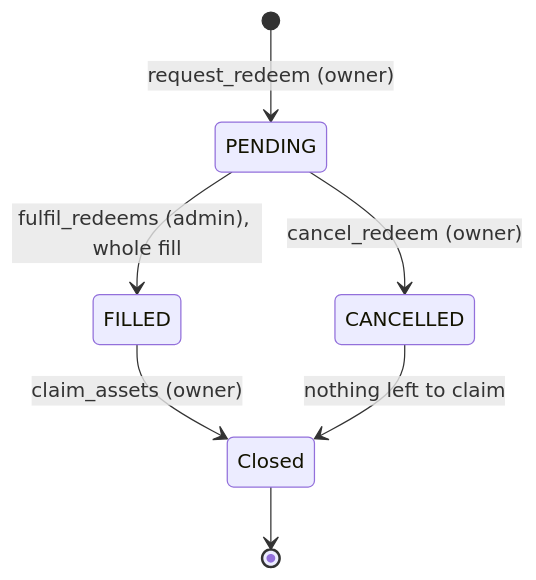
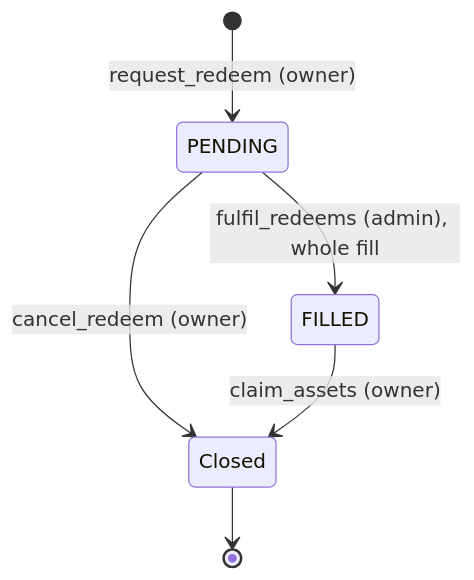
One commit to mutav-finance/mutav-protocol-solana changed the fourth of 5 diagrams in docs/architecture/state-machines.md. Above: the diagram before and after it, drawn with Mermaid. The commit also changed other lines of this file and 41 other files, not shown here.

````diff
--- a/docs/architecture/state-machines.md
+++ b/docs/architecture/state-machines.md
@@ -96,9 +97,8 @@
 ```mermaid
 stateDiagram-v2
   [*] --> PENDING: request_redeem (owner)
   PENDING --> FILLED: fulfil_redeems (admin), whole fill
-  PENDING --> CANCELLED: cancel_redeem (owner)
+  PENDING --> Closed: cancel_redeem (owner)
   FILLED --> Closed: claim_assets (owner)
-  CANCELLED --> Closed: nothing left to claim
   Closed --> [*]
 ```
````
